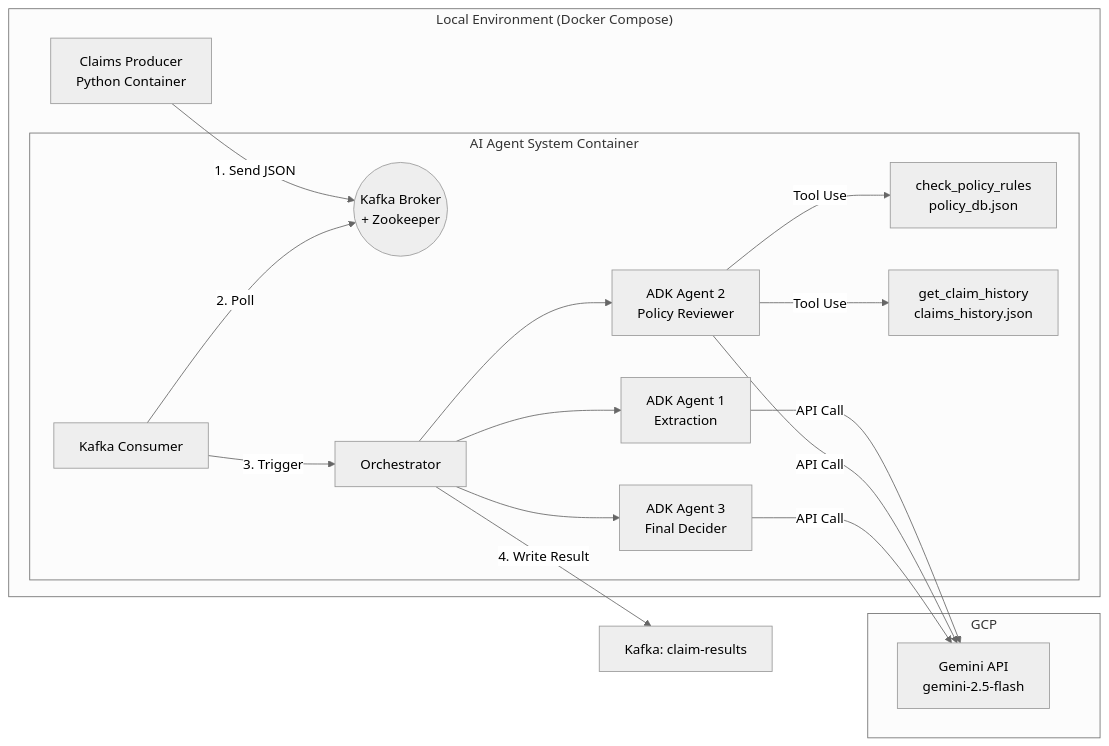
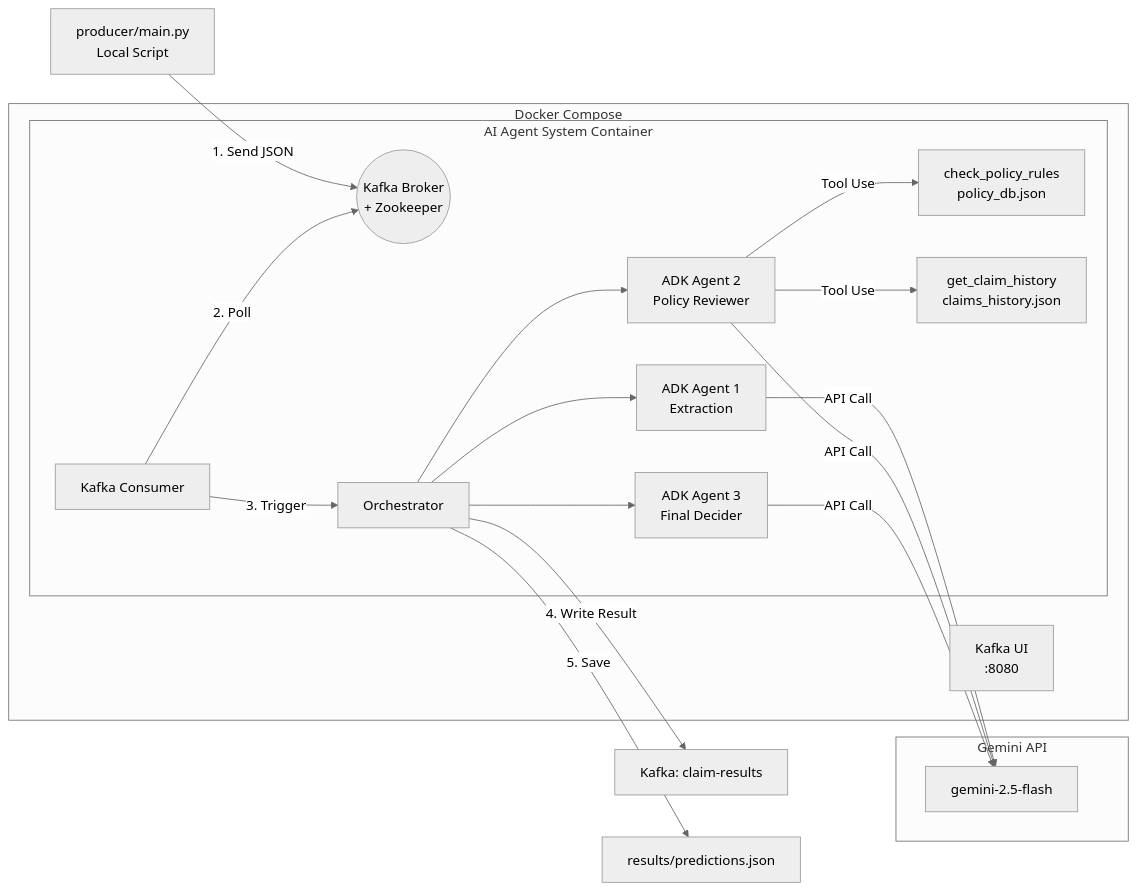
The diagram in README.md (Wiwi-Creator/poc-kafka-with-ai-agent), drawn with Mermaid (neutral theme) before and after one commit. The commit also changed other lines of this file and 5 other files, not shown here.

````diff
--- a/README.md
+++ b/README.md
@@ -7,24 +7,29 @@
 ```mermaid
 graph LR
-    subgraph "Local Environment (Docker Compose)"
-        P[Claims Producer<br/>Python Container] -- "1. Send JSON" --> K((Kafka Broker<br/>+ Zookeeper))
+    P[producer/main.py<br/>Local Script] -- "1. Send JSON" --> K
+
+    subgraph "Docker Compose"
+        K((Kafka Broker<br/>+ Zookeeper))
 
         subgraph "AI Agent System Container"
             C[Kafka Consumer] -- "2. Poll" --> K
             C -- "3. Trigger" --> O[Orchestrator]
             O --> E[ADK Agent 1<br/>Extraction]
             O --> R[ADK Agent 2<br/>Policy Reviewer]
             O --> D[ADK Agent 3<br/>Final Decider]
             R -- "Tool Use" --> T1[check_policy_rules<br/>policy_db.json]
             R -- "Tool Use" --> T2[get_claim_history<br/>claims_history.json]
         end
+
+        KUI[Kafka UI<br/>:8080]
     end
 
-    subgraph "GCP"
-        E -- "API Call" --> G[Gemini API<br/>gemini-2.5-flash]
+    subgraph "Gemini API"
+        E -- "API Call" --> G[gemini-2.5-flash]
         R -- "API Call" --> G
         D -- "API Call" --> G
     end
 
     O -- "4. Write Result" --> KR[Kafka: claim-results]
+    O -- "5. Save" --> RF[results/predictions.json]
 ```
````
